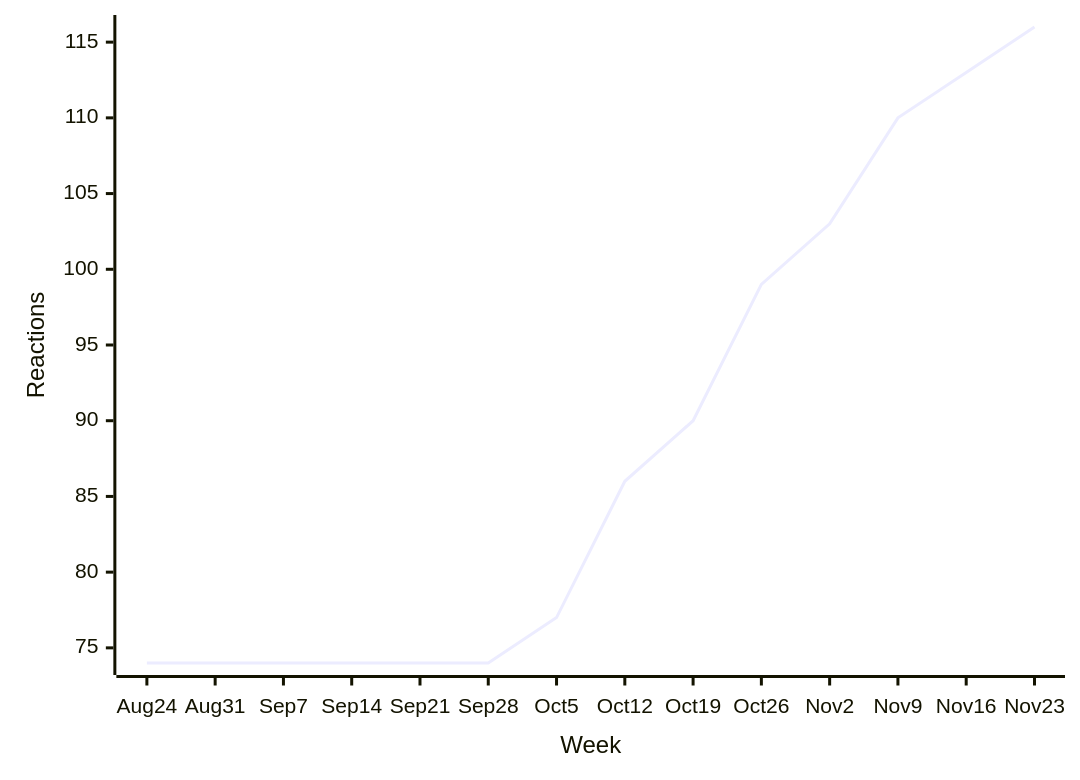
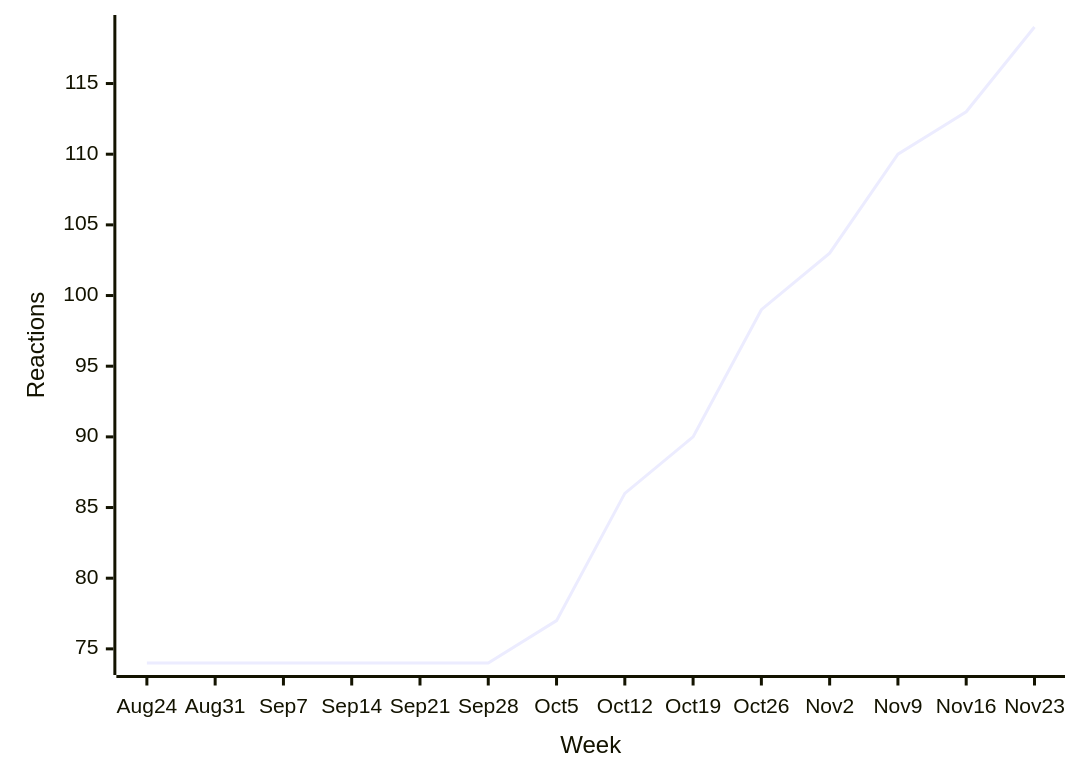
The first of 31 diagrams in README.md (loic-sharma/github-insights), drawn with Mermaid before and after one commit. The commit also changed other lines of this file and 3 other files, not shown here.

````diff
--- a/README.md
+++ b/README.md
@@ -324,6 +324,6 @@
   ```mermaid
   xychart-beta
     x-axis "Week" [Aug 24, Aug 31, Sep 7, Sep 14, Sep 21, Sep 28, Oct 5, Oct 12, Oct 19, Oct 26, Nov 2, Nov 9, Nov 16, Nov 23]
     y-axis "Reactions"
-    line [74, 74, 74, 74, 74, 74, 77, 86, 90, 99, 103, 110, 113, 116]
+    line [74, 74, 74, 74, 74, 74, 77, 86, 90, 99, 103, 110, 113, 119]
   ```
````
